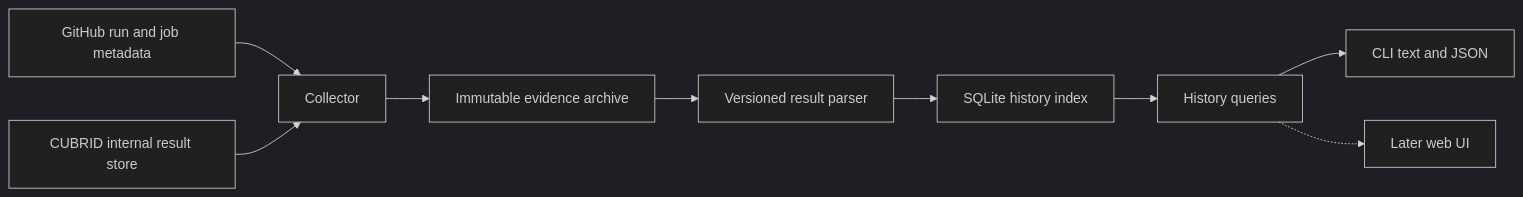
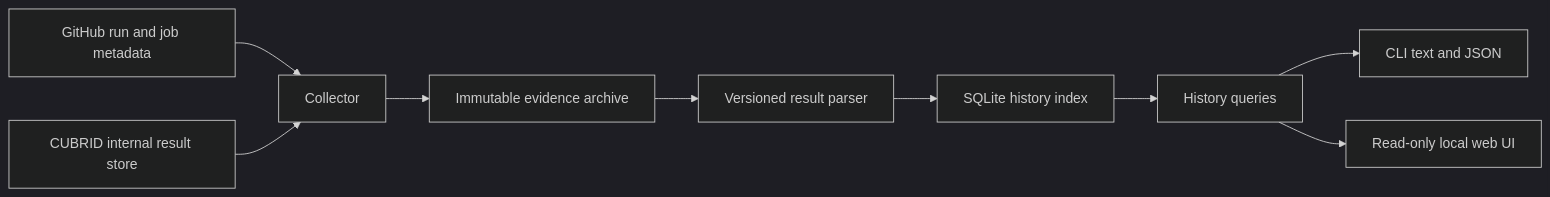
One commit to vimkim/cubrid-tc-chronicle changed the diagram in docs/design.md. Above: the diagram before and after it, drawn with Mermaid (dark theme). The commit also changed other lines of this file and 18 other files, not shown here.

First line of the commit message:
feat: add local testcase history web UI

````diff
--- a/docs/design.md
+++ b/docs/design.md
@@ -165,11 +165,11 @@
 ```mermaid
 flowchart LR
     G["GitHub run and job metadata"] --> C["Collector"]
     A["CUBRID internal result store"] --> C
     C --> E["Immutable evidence archive"]
     E --> P["Versioned result parser"]
     P --> I["SQLite history index"]
     I --> Q["History queries"]
     Q --> T["CLI text and JSON"]
-    Q -.-> W["Later web UI"]
+    Q --> W["Read-only local web UI"]
 ```
````
